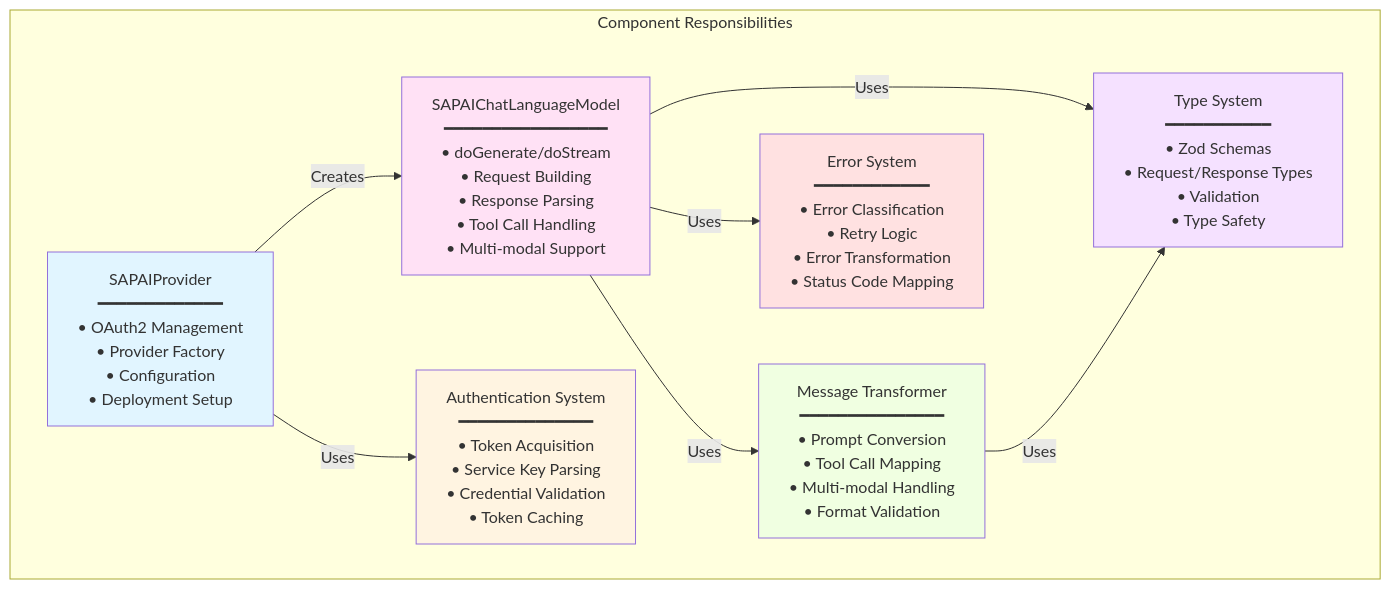
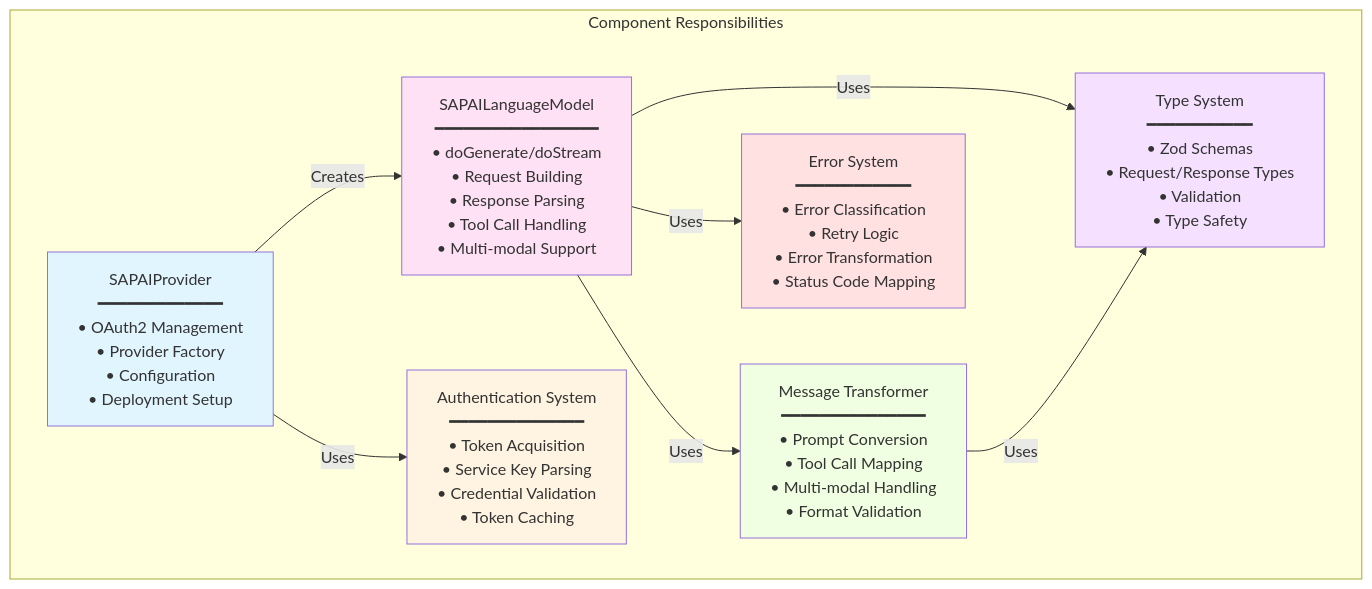
Before and after one commit to BITASIA/sap-ai-provider: the third of 7 diagrams in ARCHITECTURE.md, drawn with Mermaid. The commit also changed other lines of this file and 27 other files, not shown here.

First line of the commit message:
refactor: simplify exports architecture - remove types/ folder

````diff
--- a/ARCHITECTURE.md
+++ b/ARCHITECTURE.md
@@ -173,30 +173,30 @@
 ```mermaid
 graph TB
     subgraph "Component Responsibilities"
         Provider[SAPAIProvider<br/>━━━━━━━━━━━━━<br/>• OAuth2 Management<br/>• Provider Factory<br/>• Configuration<br/>• Deployment Setup]
 
-        Model[SAPAIChatLanguageModel<br/>━━━━━━━━━━━━━━━━━<br/>• doGenerate/doStream<br/>• Request Building<br/>• Response Parsing<br/>• Tool Call Handling<br/>• Multi-modal Support]
+        Model[SAPAILanguageModel<br/>━━━━━━━━━━━━━━━━━<br/>• doGenerate/doStream<br/>• Request Building<br/>• Response Parsing<br/>• Tool Call Handling<br/>• Multi-modal Support]
 
         Auth[Authentication System<br/>━━━━━━━━━━━━━━<br/>• Token Acquisition<br/>• Service Key Parsing<br/>• Credential Validation<br/>• Token Caching]
 
         Transform[Message Transformer<br/>━━━━━━━━━━━━━━━<br/>• Prompt Conversion<br/>• Tool Call Mapping<br/>• Multi-modal Handling<br/>• Format Validation]
 
         ErrorSys[Error System<br/>━━━━━━━━━━━━<br/>• Error Classification<br/>• Retry Logic<br/>• Error Transformation<br/>• Status Code Mapping]
 
         Types[Type System<br/>━━━━━━━━━━━<br/>• Zod Schemas<br/>• Request/Response Types<br/>• Validation<br/>• Type Safety]
     end
 
     Provider -->|Creates| Model
     Provider -->|Uses| Auth
     Model -->|Uses| Transform
     Model -->|Uses| ErrorSys
     Model -->|Uses| Types
     Transform -->|Uses| Types
 
     style Provider fill:#e1f5ff
     style Model fill:#ffe1f5
     style Auth fill:#fff4e1
     style Transform fill:#f0ffe1
     style ErrorSys fill:#ffe1e1
     style Types fill:#f5e1ff
 ```
````
